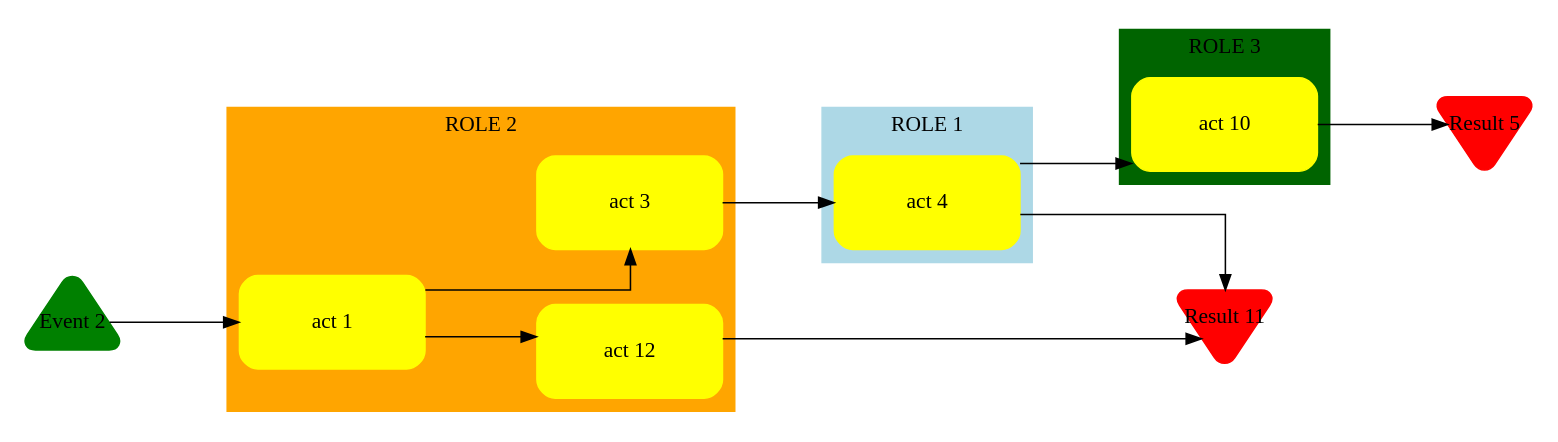
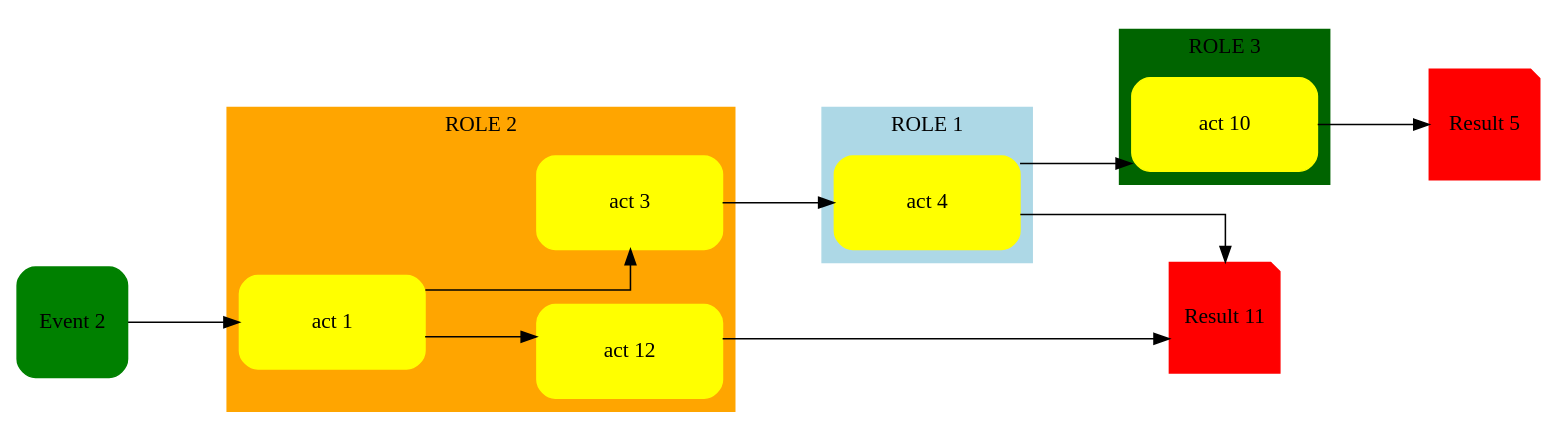
The diagram in output_dn.dot (ggojard/swimy), drawn with Graphviz before and after one commit. The commit also changed 14 other files, not shown here.

```diff
--- a/output_dn.dot
+++ b/output_dn.dot
@@ -1,122 +1,122 @@
 digraph diagram24 {
 	graph [bb="0,8,993,256",
 		nodesep=0.5,
 		overlap=scalexy,
 		rankdir=LR,
 		sep=1,
 		splines=ortho
 	];
 	node [fontsize=14.0,
 		label="\N"
 	];
 	subgraph cluster_8 {
 		graph [bb="525,105,662,205",
 			color=lightblue,
 			label="ROLE 1",
 			lheight=0.19,
 			lp="593.5,194",
 			lwidth=0.65,
 			style=filled
 		];
 		4		 [color=yellow,
 			fixedsize=true,
 			height=0.84722,
 			label="act 4",
 			pos="593.5,144",
 			shape=box,
 			style="rounded,filled",
 			width=1.6806];
 	}
 	subgraph cluster_7 {
 		graph [bb="137,8,468,205",
 			color=orange,
 			label="ROLE 2",
 			lheight=0.19,
 			lp="302.5,194",
 			lwidth=0.65,
 			style=filled
 		];
 		1		 [color=yellow,
 			fixedsize=true,
 			height=0.84722,
 			label="act 1",
 			pos="205.5,66",
 			shape=box,
 			style="rounded,filled",
 			width=1.6806];
 		3		 [color=yellow,
 			fixedsize=true,
 			height=0.84722,
 			label="act 3",
 			pos="399.5,144",
 			shape=box,
 			style="rounded,filled",
 			width=1.6806];
 		1 -> 3		 [minlen=2.0,
 			pos="e,400,113.5 266.24,87 323.31,87 400,87 400,87 400,87 400,103.5 400,103.5"];
 		12		 [color=yellow,
 			fixedsize=true,
 			height=0.84722,
 			label="act 12",
 			pos="399.5,47",
 			shape=box,
 			style="rounded,filled",
 			width=1.6806];
 		1 -> 12		 [minlen=2.0,
 			pos="e,338.71,56.5 266.08,56.5 266.08,56.5 328.71,56.5 328.71,56.5"];
 	}
 	subgraph cluster_9 {
 		graph [bb="719,156,856,256",
 			color=darkgreen,
 			label="ROLE 3",
 			lheight=0.19,
 			lp="787.5,245",
 			lwidth=0.65,
 			style=filled
 		];
 		10		 [color=yellow,
 			fixedsize=true,
 			height=0.84722,
 			label="act 10",
 			pos="787.5,195",
 			shape=box,
 			style="rounded,filled",
 			width=1.6806];
 	}
 	4 -> 10	 [minlen=2.0,
 		pos="e,726.71,169.5 654.08,169.5 654.08,169.5 716.71,169.5 716.71,169.5"];
 	11	 [color=red,
 		fixedsize=true,
 		height=1,
 		label="Result 11",
 		pos="787.5,69",
-		shape=invtriangle,
+		shape=note,
 		style="rounded,filled",
 		width=1];
 	4 -> 11	 [minlen=2.0,
-		pos="e,788,87.022 654.24,136.25 711.31,136.25 788,136.25 788,136.25 788,136.25 788,97.022 788,97.022"];
+		pos="e,788,105.38 654.24,136.25 711.31,136.25 788,136.25 788,136.25 788,136.25 788,115.38 788,115.38"];
 	3 -> 4	 [minlen=2.0,
 		pos="e,532.71,144 460.08,144 460.08,144 522.71,144 522.71,144"];
 	12 -> 11	 [minlen=2.0,
-		pos="e,772.41,55.25 460.12,55.25 460.12,55.25 762.41,55.25 762.41,55.25"];
+		pos="e,751.43,55.25 460.12,55.25 460.12,55.25 741.43,55.25 741.43,55.25"];
 	5	 [color=red,
 		fixedsize=true,
 		height=1,
 		label="Result 5",
 		pos="957,195",
-		shape=invtriangle,
+		shape=note,
 		style="rounded,filled",
 		width=1];
 	10 -> 5	 [minlen=2.0,
-		pos="e,932.89,195 848.21,195 848.21,195 922.89,195 922.89,195"];
+		pos="e,920.85,195 848.21,195 848.21,195 910.85,195 910.85,195"];
 	2	 [color=green,
 		fixedsize=true,
 		height=1,
 		label="Event 2",
 		pos="36,66",
-		shape=triangle,
+		shape=rect,
 		style="rounded,filled",
 		width=1];
 	2 -> 1	 [minlen=2.0,
-		pos="e,144.7,66 60.285,66 60.285,66 134.7,66 134.7,66"];
+		pos="e,144.86,66 72.362,66 72.362,66 134.86,66 134.86,66"];
 }
```
